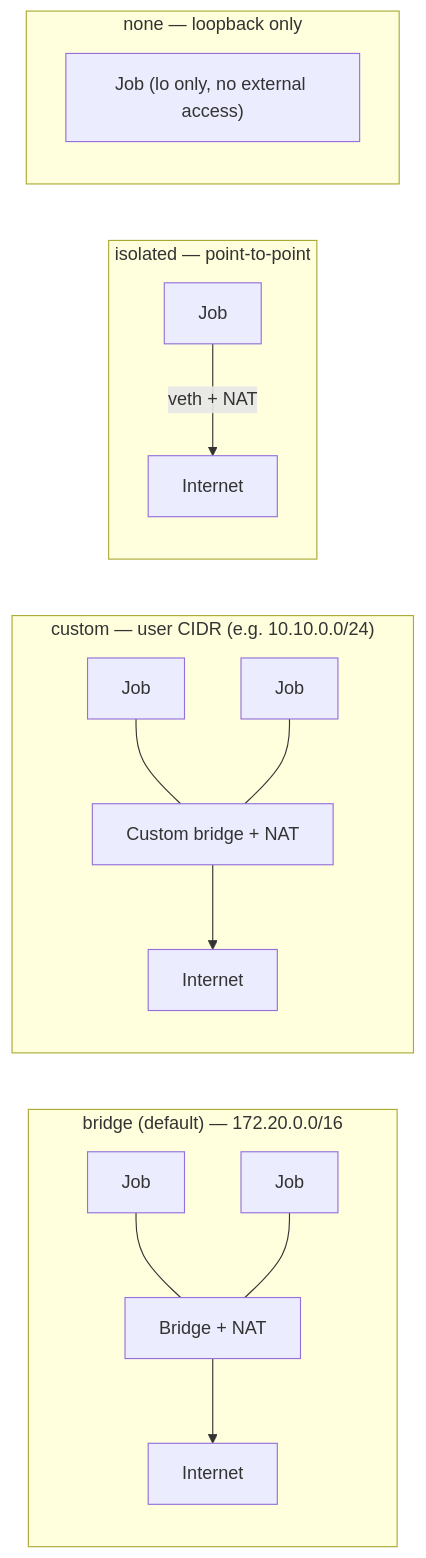
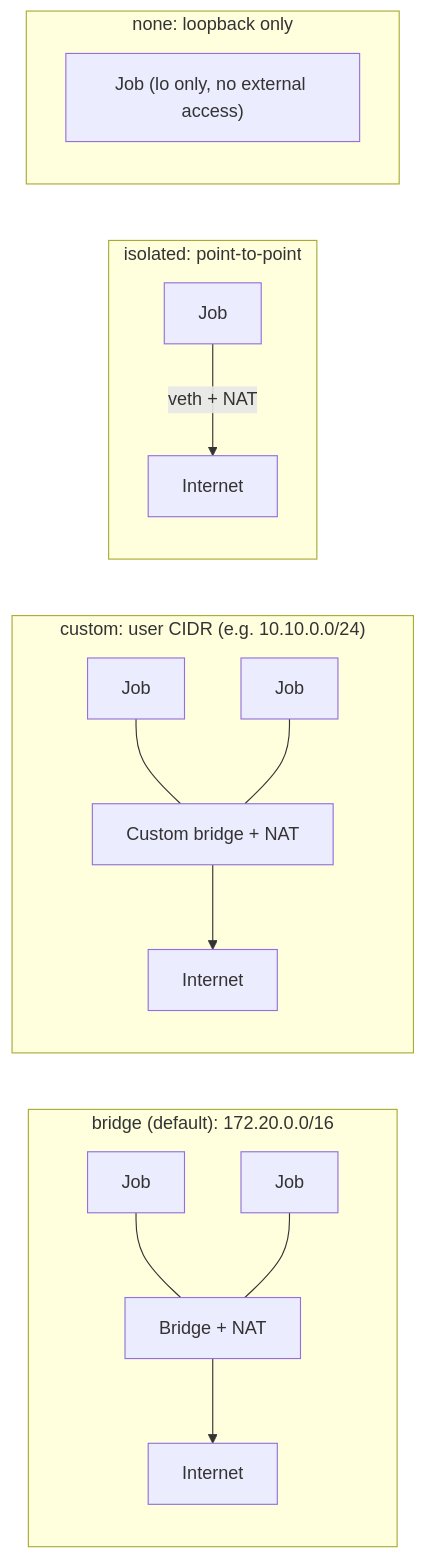
The third of 3 diagrams in docs/NETWORK_MANAGEMENT.md (ehsaniara/joblet), drawn with Mermaid before and after one commit. The commit also changed 77 other files, not shown here.

````diff
--- a/docs/NETWORK_MANAGEMENT.md
+++ b/docs/NETWORK_MANAGEMENT.md
@@ -175,23 +175,23 @@
 ```mermaid
 flowchart LR
-    subgraph bridge["bridge (default) — 172.20.0.0/16"]
+    subgraph bridge["bridge (default): 172.20.0.0/16"]
         direction TB
         BJ1["Job"] --- BBR["Bridge + NAT"]
         BJ2["Job"] --- BBR
         BBR --> BNET["Internet"]
     end
-    subgraph custom["custom — user CIDR (e.g. 10.10.0.0/24)"]
+    subgraph custom["custom: user CIDR (e.g. 10.10.0.0/24)"]
         direction TB
         CJ1["Job"] --- CBR["Custom bridge + NAT"]
         CJ2["Job"] --- CBR
         CBR --> CNET["Internet"]
     end
-    subgraph isolated["isolated — point-to-point"]
+    subgraph isolated["isolated: point-to-point"]
         direction TB
         IJ["Job"] -->|"veth + NAT"| INET["Internet"]
     end
-    subgraph none["none — loopback only"]
+    subgraph none["none: loopback only"]
         direction TB
         NJ["Job (lo only, no external access)"]
     end
 ```
````
